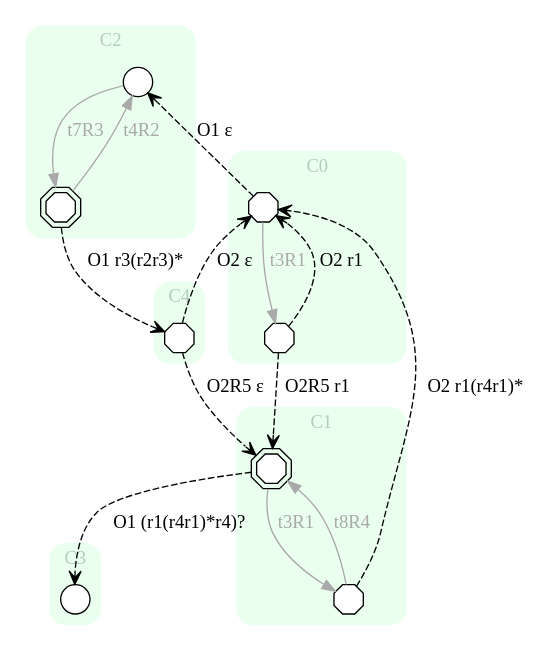
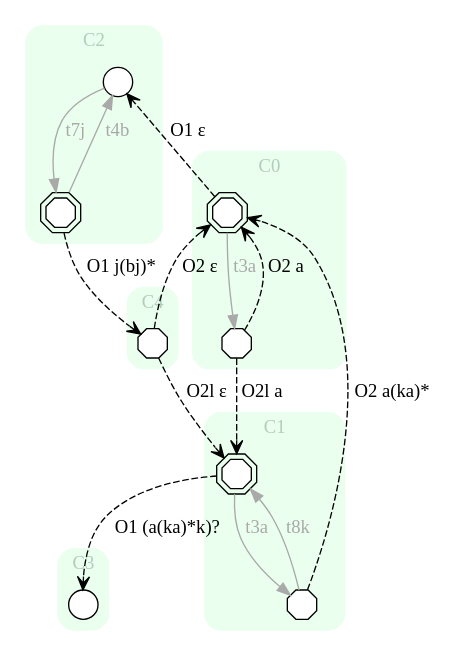
One commit to Stefano-BS/Explanatory-Diagnosis changed the diagram in input/s2_PEX.dot. Above: the diagram before and after it, drawn with Graphviz. The commit also changed 71 other files, not shown here.

```diff
--- a/input/s2_PEX.dot
+++ b/input/s2_PEX.dot
@@ -1,44 +1,44 @@
 digraph "EXPinput/s2" {
 node [style=filled fillcolor=white]
 subgraph cluster0 {
 style="rounded,filled" label="C0" fontcolor="#B2CCBB" color="#EAFFEE"
 edge[color=darkgray fontcolor=darkgray]
-node [shape=octagon width=0.3 height=0.3]; C0S0 [label=""];
+node [shape=doubleoctagon width=0.3 height=0.3]; C0S0 [label=""];
 node [shape=octagon width=0.3 height=0.3]; C0S1 [label=""];
-C0S0 -> C0S1 [label=t3R1]
+C0S0 -> C0S1 [label=t3a]
 }
 subgraph cluster1 {
 style="rounded,filled" label="C1" fontcolor="#B2CCBB" color="#EAFFEE"
 edge[color=darkgray fontcolor=darkgray]
 node [shape=doubleoctagon width=0.3 height=0.3]; C1S0 [label=""];
 node [shape=octagon width=0.3 height=0.3]; C1S1 [label=""];
-C1S0 -> C1S1 [label=t3R1]
-C1S1 -> C1S0 [label=t8R4]
+C1S0 -> C1S1 [label=t3a]
+C1S1 -> C1S0 [label=t8k]
 }
 subgraph cluster2 {
 style="rounded,filled" label="C2" fontcolor="#B2CCBB" color="#EAFFEE"
 edge[color=darkgray fontcolor=darkgray]
 node [shape=circle width=0.3 height=0.3]; C2S0 [label=""];
 node [shape=doubleoctagon width=0.3 height=0.3]; C2S1 [label=""];
-C2S0 -> C2S1 [label=t7R3]
-C2S1 -> C2S0 [label=t4R2]
+C2S0 -> C2S1 [label=t7j]
+C2S1 -> C2S0 [label=t4b]
 }
 subgraph cluster3 {
 style="rounded,filled" label="C3" fontcolor="#B2CCBB" color="#EAFFEE"
 edge[color=darkgray fontcolor=darkgray]
 node [shape=circle width=0.3 height=0.3]; C3S0 [label=""];
 }
 subgraph cluster4 {
 style="rounded,filled" label="C4" fontcolor="#B2CCBB" color="#EAFFEE"
 edge[color=darkgray fontcolor=darkgray]
 node [shape=octagon width=0.3 height=0.3]; C4S0 [label=""];
 }
-C0S1 -> C0S0 [style=dashed arrowhead=vee label="O2 r1"]
-C0S1 -> C1S0 [style=dashed arrowhead=vee label="O2R5 r1"]
-C1S1 -> C0S0 [style=dashed arrowhead=vee label="O2 r1(r4r1)*"]
+C0S1 -> C0S0 [style=dashed arrowhead=vee label="O2 a"]
+C0S1 -> C1S0 [style=dashed arrowhead=vee label="O2l a"]
+C1S1 -> C0S0 [style=dashed arrowhead=vee label="O2 a(ka)*"]
 C0S0 -> C2S0 [style=dashed arrowhead=vee label="O1 ε"]
-C1S0 -> C3S0 [style=dashed arrowhead=vee label="O1 (r1(r4r1)*r4)?"]
-C2S1 -> C4S0 [style=dashed arrowhead=vee label="O1 r3(r2r3)*"]
-C4S0 -> C1S0 [style=dashed arrowhead=vee label="O2R5 ε"]
+C1S0 -> C3S0 [style=dashed arrowhead=vee label="O1 (a(ka)*k)?"]
+C2S1 -> C4S0 [style=dashed arrowhead=vee label="O1 j(bj)*"]
+C4S0 -> C1S0 [style=dashed arrowhead=vee label="O2l ε"]
 C4S0 -> C0S0 [style=dashed arrowhead=vee label="O2 ε"]
 }
```
